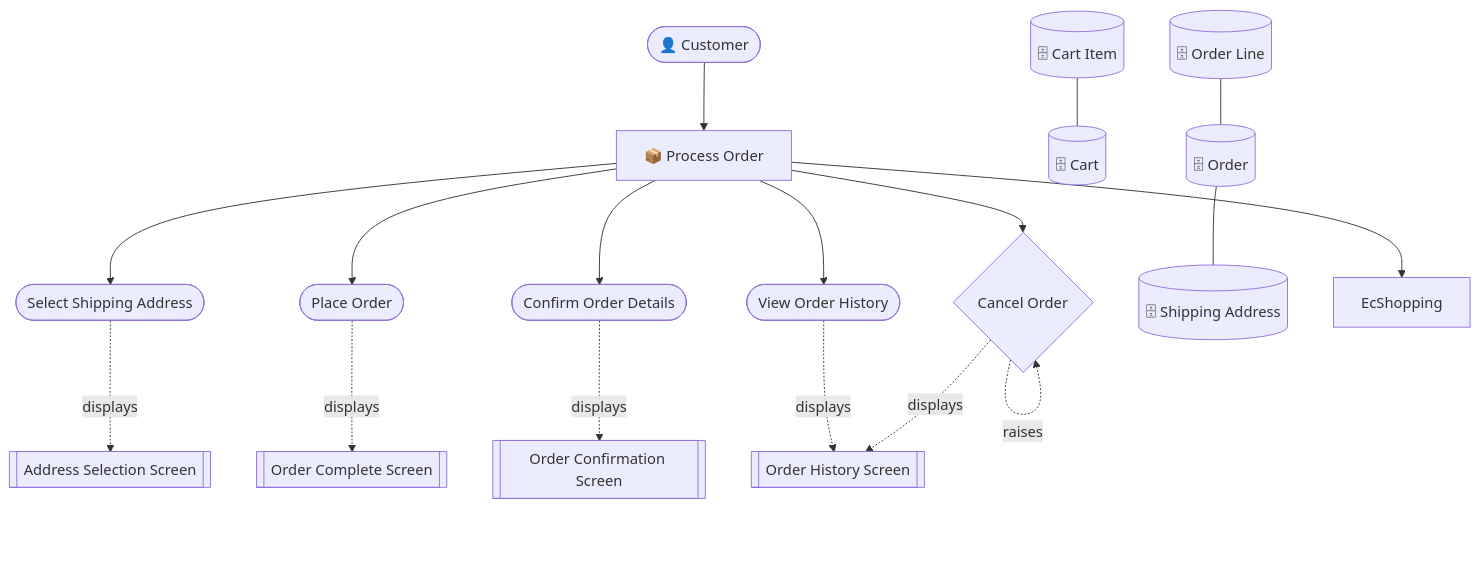
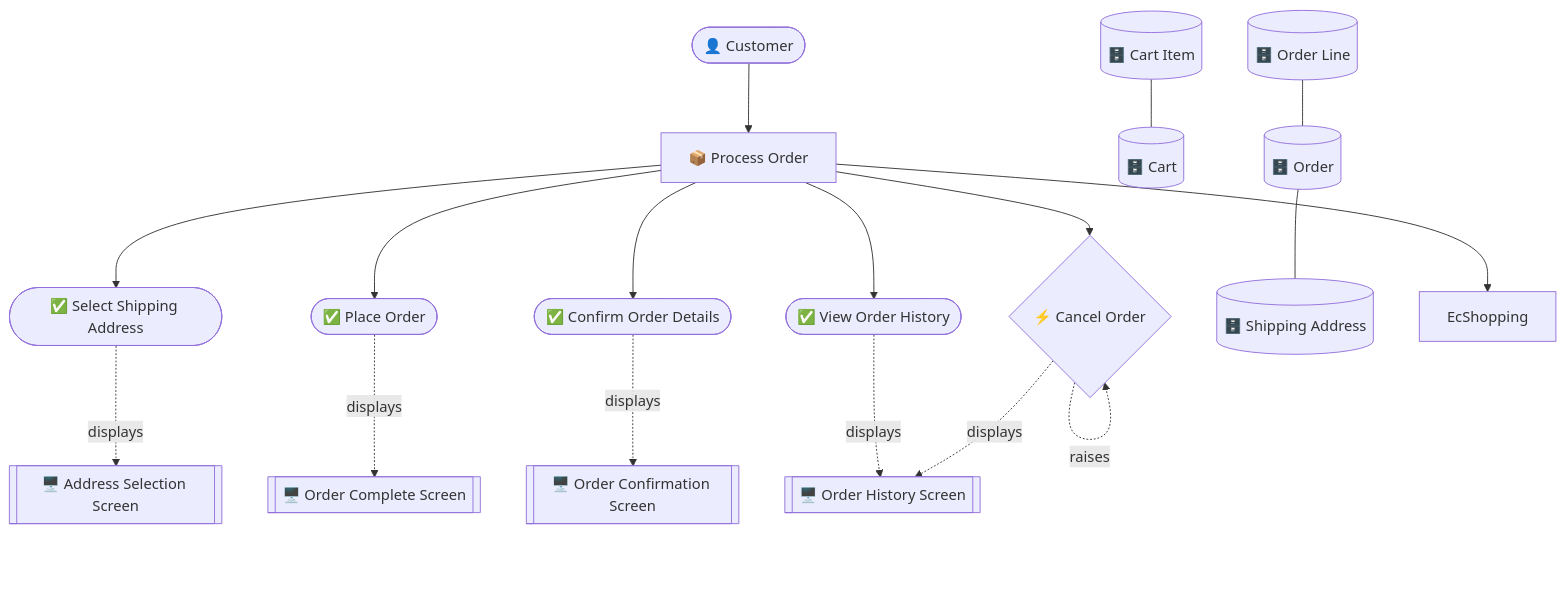
The third of 4 diagrams in README.md (manji-0/rdra-ish-dsl), drawn with Mermaid before and after one commit. The commit also changed other lines of this file and 114 other files, not shown here.

Commit message:
feat: update rdra diagram layering

````diff
--- a/README.md
+++ b/README.md
@@ -583,36 +603,36 @@
 ```mermaid
 graph TD
   Customer(["👤 Customer"])
-  Cancel(["Cancel Order"])
-  ConfirmOrder(["Confirm Order Details"])
-  PlaceOrder(["Place Order"])
-  SelectAddress(["Select Shipping Address"])
-  ViewOrderHistory(["View Order History"])
+  Cancel(["✅ Cancel Order"])
+  ConfirmOrder(["✅ Confirm Order Details"])
+  PlaceOrder(["✅ Place Order"])
+  SelectAddress(["✅ Select Shipping Address"])
+  ViewOrderHistory(["✅ View Order History"])
   BucOrder["📦 Process Order"]
-  Cart[("🗄 Cart")]
-  CartItem[("🗄 Cart Item")]
-  Order[("🗄 Order")]
-  OrderLine[("🗄 Order Line")]
-  ShippingAddress[("🗄 Shipping Address")]
-  AddressSelectScreen[["Address Selection Screen"]]
-  OrderCompleteScreen[["Order Complete Screen"]]
-  OrderConfirmScreen[["Order Confirmation Screen"]]
-  OrderHistoryScreen[["Order History Screen"]]
-  Cancel{"Cancel Order"}
+  Cart[("🗄️ Cart")]
+  CartItem[("🗄️ Cart Item")]
+  Order[("🗄️ Order")]
+  OrderLine[("🗄️ Order Line")]
+  ShippingAddress[("🗄️ Shipping Address")]
+  AddressSelectScreen[["🖥️ Address Selection Screen"]]
+  OrderCompleteScreen[["🖥️ Order Complete Screen"]]
+  OrderConfirmScreen[["🖥️ Order Confirmation Screen"]]
+  OrderHistoryScreen[["🖥️ Order History Screen"]]
+  Cancel{"⚡ Cancel Order"}
   Customer --> BucOrder
   BucOrder --> EcShopping
   BucOrder --> SelectAddress
   BucOrder --> ConfirmOrder
   BucOrder --> PlaceOrder
   BucOrder --> ViewOrderHistory
   BucOrder --> Cancel
   CartItem --- Cart
   Order --- ShippingAddress
   OrderLine --- Order
   SelectAddress -.->|displays| AddressSelectScreen
   ConfirmOrder -.->|displays| OrderConfirmScreen
   PlaceOrder -.->|displays| OrderCompleteScreen
   ViewOrderHistory -.->|displays| OrderHistoryScreen
   Cancel -.->|raises| Cancel
   Cancel -.->|displays| OrderHistoryScreen
 ```
````
